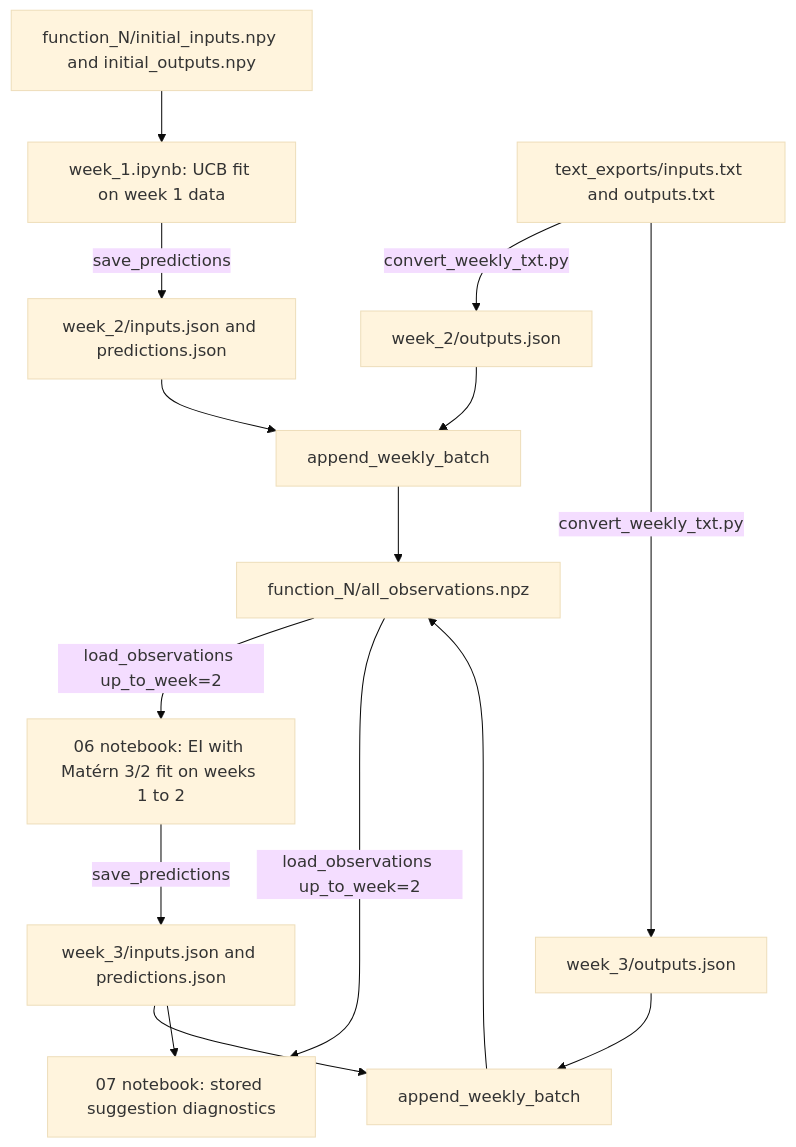
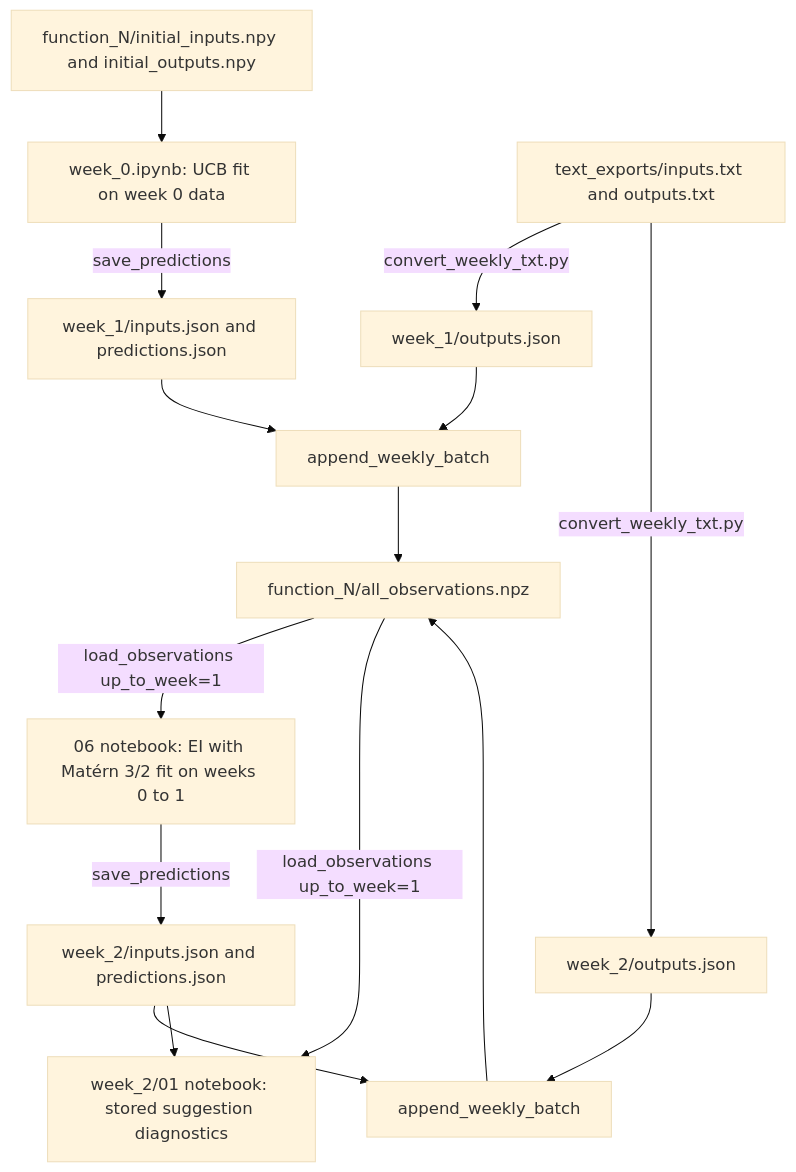
Before and after one commit to pigalleg/bayesian-bbo: the diagram in doc/data-flow.md, drawn with Mermaid (base theme). The commit also changed other lines of this file and 33 other files, not shown here.

````diff
--- a/doc/data-flow.md
+++ b/doc/data-flow.md
@@ -13,17 +14,17 @@
 ```mermaid
 flowchart TD
-    I1[function_N/initial_inputs.npy and initial_outputs.npy] --> NB1[week_1.ipynb: UCB fit on week 1 data]
-    NB1 -->|save_predictions| P2[week_2/inputs.json and predictions.json]
-    TXT[text_exports/inputs.txt and outputs.txt] -->|convert_weekly_txt.py| O2[week_2/outputs.json]
+    I1[function_N/initial_inputs.npy and initial_outputs.npy] --> NB1[week_0.ipynb: UCB fit on week 0 data]
+    NB1 -->|save_predictions| P2[week_1/inputs.json and predictions.json]
+    TXT[text_exports/inputs.txt and outputs.txt] -->|convert_weekly_txt.py| O2[week_1/outputs.json]
     P2 --> B2[append_weekly_batch]
     O2 --> B2
     B2 --> AGG[function_N/all_observations.npz]
-    AGG -->|load_observations up_to_week=2| NB6[06 notebook: EI with Matérn 3/2 fit on weeks 1 to 2]
-    NB6 -->|save_predictions| P3[week_3/inputs.json and predictions.json]
-    TXT -->|convert_weekly_txt.py| O3[week_3/outputs.json]
+    AGG -->|load_observations up_to_week=1| NB6[06 notebook: EI with Matérn 3/2 fit on weeks 0 to 1]
+    NB6 -->|save_predictions| P3[week_2/inputs.json and predictions.json]
+    TXT -->|convert_weekly_txt.py| O3[week_2/outputs.json]
     P3 --> B3[append_weekly_batch]
     O3 --> B3
     B3 --> AGG
-    P3 --> D7[07 notebook: stored suggestion diagnostics]
-    AGG -->|load_observations up_to_week=2| D7
+    P3 --> D7[week_2/01 notebook: stored suggestion diagnostics]
+    AGG -->|load_observations up_to_week=1| D7
 ```
````
